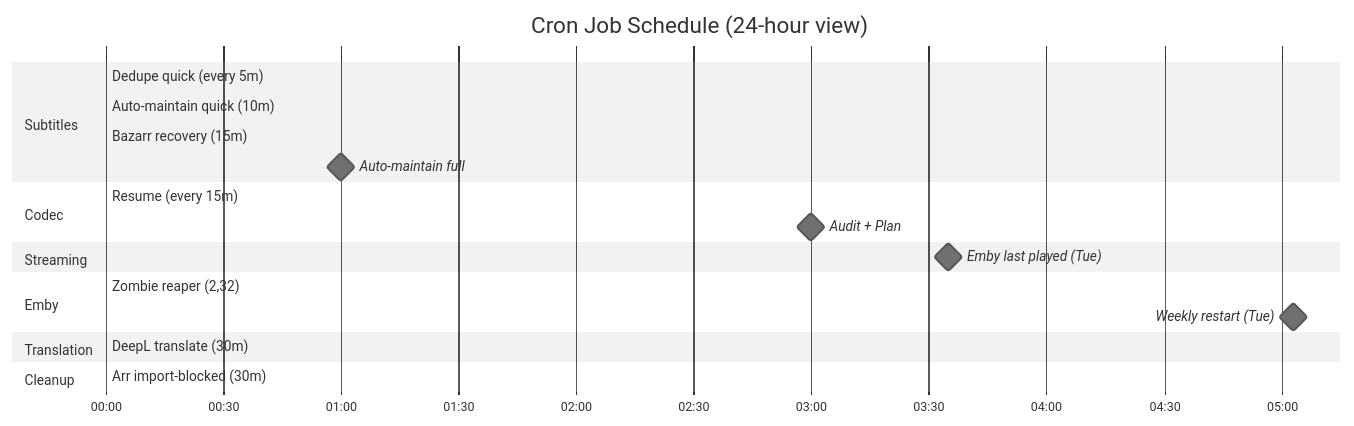
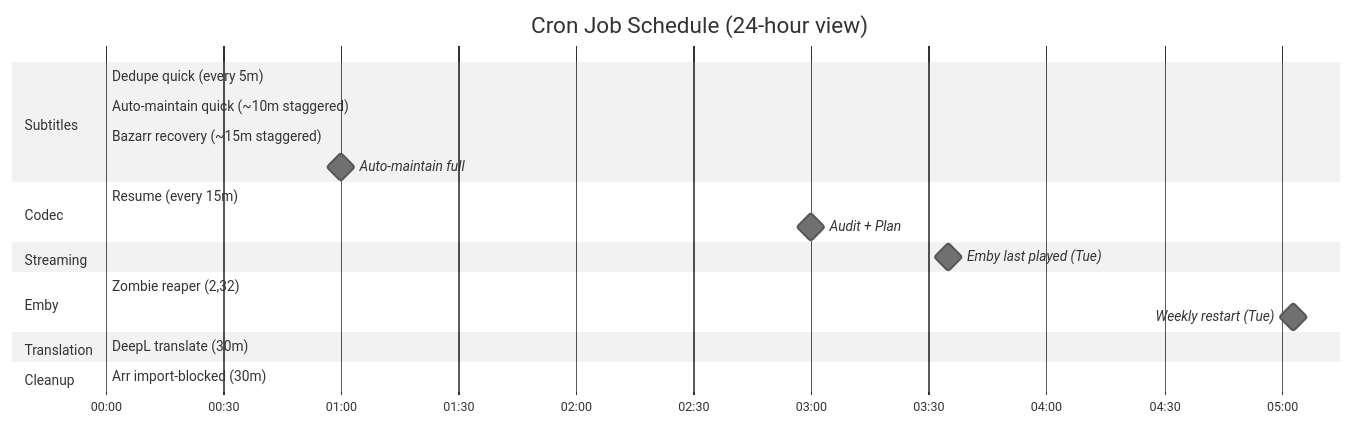
One commit to beregcamlost/arr_configs changed the fifth of 6 diagrams in README.md. Above: the diagram before and after it, drawn with Mermaid (neutral theme). The commit also changed other lines of this file and 11 other files, not shown here.

````diff
--- a/README.md
+++ b/README.md
@@ -493,29 +496,29 @@
 ```mermaid
 gantt
     title Cron Job Schedule (24-hour view)
     dateFormat HH:mm
     axisFormat %H:%M
 
     section Subtitles
     Dedupe quick (every 5m)     :active, 00:00, 24:00
-    Auto-maintain quick (10m)   :active, 00:00, 24:00
-    Bazarr recovery (15m)       :active, 00:00, 24:00
+    Auto-maintain quick (~10m staggered)   :active, 00:00, 24:00
+    Bazarr recovery (~15m staggered)       :active, 00:00, 24:00
     Auto-maintain full          :milestone, 01:00, 0m
 
     section Codec
     Resume (every 15m)          :active, 00:00, 24:00
     Audit + Plan                :milestone, 03:00, 0m
 
     section Streaming
     Emby last played (Tue)      :milestone, 03:35, 0m
 
     section Emby
     Zombie reaper (2,32)        :active, 00:00, 24:00
     Weekly restart (Tue)        :milestone, 05:03, 0m
 
     section Translation
     DeepL translate (30m)       :active, 00:00, 24:00
 
     section Cleanup
     Arr import-blocked (30m)    :active, 00:00, 24:00
 ```
````
